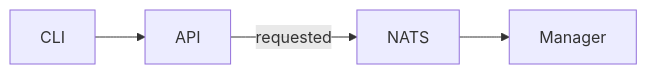
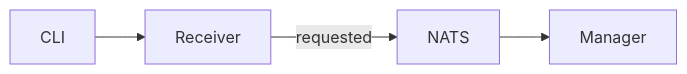
Before and after one commit to danielsabatini/smarkee: the third of 18 diagrams in docs/RESOURCE-CONTROL-LOOP.md, drawn with Mermaid. The commit also changed other lines of this file and 17 other files, not shown here.

````diff
--- a/docs/RESOURCE-CONTROL-LOOP.md
+++ b/docs/RESOURCE-CONTROL-LOOP.md
@@ -362,6 +345,6 @@
 ```mermaid
 flowchart LR
-    CLI[CLI] --> API[API]
-    API -->|requested| NATS[NATS]
+    CLI[CLI] --> Receiver[Receiver]
+    Receiver -->|requested| NATS[NATS]
     NATS --> Manager[Manager]
 ```
````
